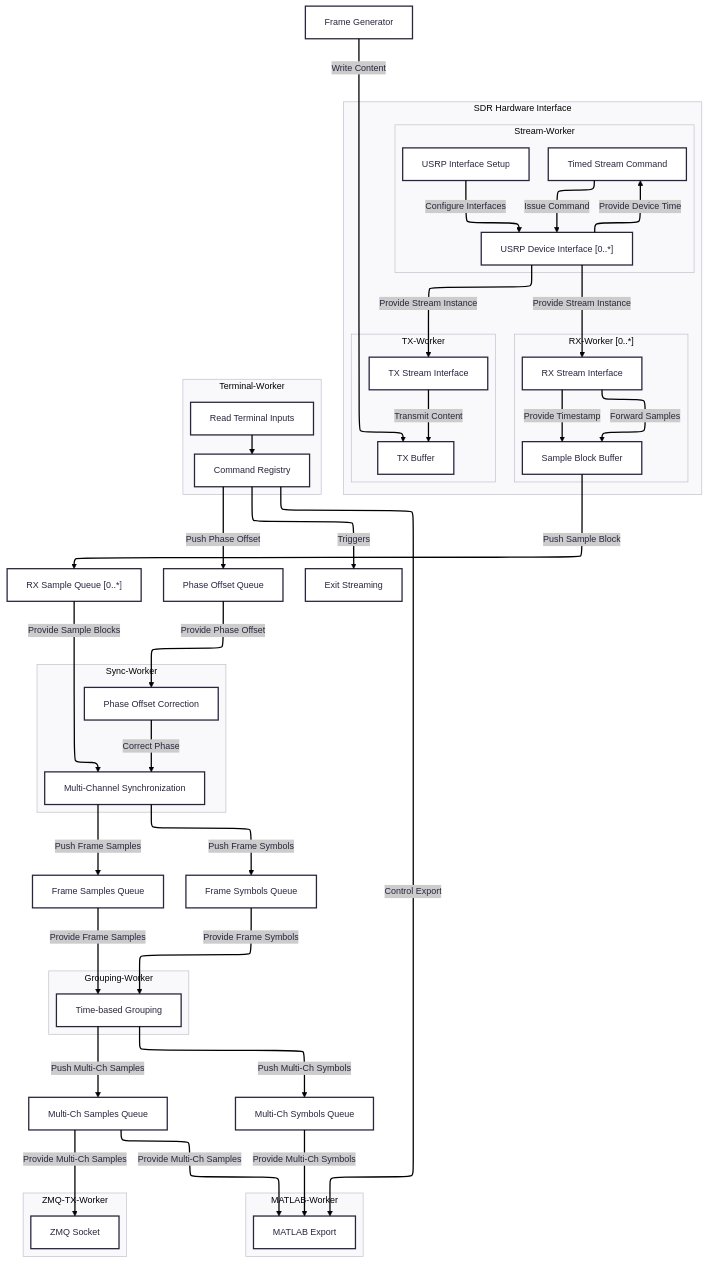
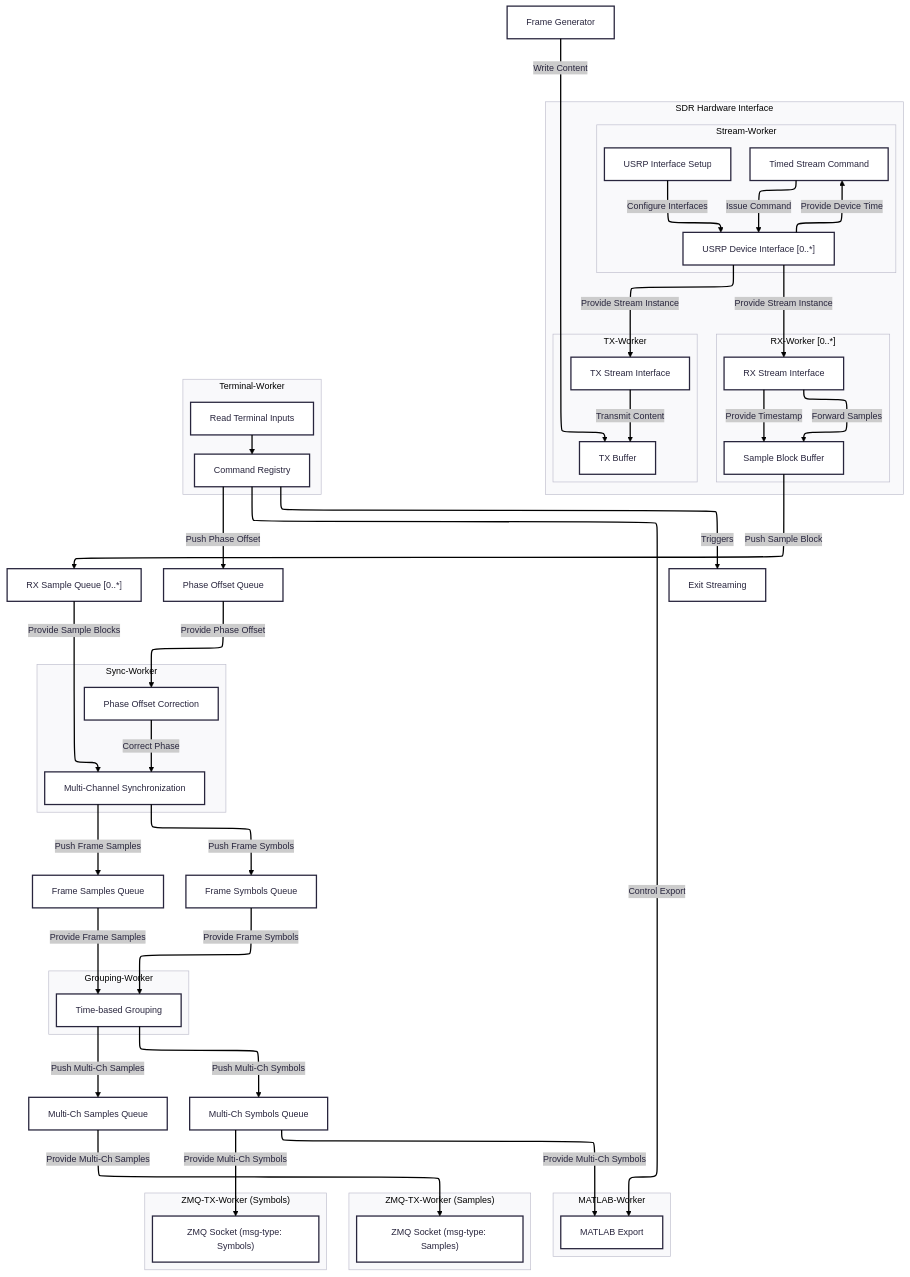
The third of 4 diagrams in README.md (F-L-X-S/doa4rfc), drawn with Mermaid before and after one commit. The commit also changed other lines of this file, not shown here.

Commit message:
Updated Documentation for zmq import and dataformats

````diff
--- a/README.md
+++ b/README.md
@@ -40,68 +199,71 @@
 ```mermaid
 ---
 config:
   look: classic
   layout: elk
   theme: redux
 ---
 flowchart TD
 FrameGen["Frame Generator"]
 subgraph HardwareInterface["SDR Hardware Interface"]
  subgraph T_StreamWorker["Stream-Worker"]
         UsrpDevices["USRP Device Interface [0..*]"]
         UsrpConf["USRP Interface Setup"]
         StreamConf["Timed Stream Command"]
   end
  subgraph T_RxWorker["RX-Worker [0..*]"]
         RxStream["RX Stream Interface"]
         SampleBlock["Sample Block Buffer"]
   end
  subgraph T_TxWorker["TX-Worker"]
         TxStream["TX Stream Interface"]
         TxBuffer["TX Buffer"]
   end
 end
  subgraph T_SyncWorker["Sync-Worker"]
         MultiSync["Multi-Channel Synchronization"]
         PhiErrorCorrection["Phase Offset Correction"]
   end
  subgraph T_GroupingWorker["Grouping-Worker"]
         FindGroups["Time-based Grouping"]
   end
  subgraph T_MatlabWorker["MATLAB-Worker"]
         MatlabExport["MATLAB Export"]
   end
- subgraph T_ZmqTxWorker["ZMQ-TX-Worker"]
-        ZmqSocket["ZMQ Socket"]
+ subgraph T_ZmqTxSampsWorker["ZMQ-TX-Worker (Samples)"]
+        ZmqSampsSocket["ZMQ Socket (msg-type: Samples)"]
+  end
+ subgraph T_ZmqTxSymsWorker["ZMQ-TX-Worker (Symbols)"]
+        ZmqSymsSocket["ZMQ Socket (msg-type: Symbols)"]
   end
  subgraph T_TerminalWorker["Terminal-Worker"]
         ReadInput["Read Terminal Inputs"]
         CommandRegistry["Command Registry"]
   end
     UsrpConf -- Configure Interfaces ---> UsrpDevices
     UsrpDevices -- Provide Device Time --> StreamConf
     StreamConf -- Issue Command  --> UsrpDevices
     UsrpDevices -- Provide Stream Instance ---> RxStream & TxStream
     RxStream -- Forward Samples --> SampleBlock
     RxStream -- Provide Timestamp --> SampleBlock
     SampleBlock -- Push Sample Block --> RxSampleQueue["RX Sample Queue [0..*]"]
     RxSampleQueue -- Provide Sample Blocks ---> MultiSync
     PhiErrorCorrection -- Correct Phase ---> MultiSync
     MultiSync -- Push Frame Samples ---> FrameSampsQueue["Frame Samples Queue"]
     MultiSync -- Push Frame Symbols ---> FrameSymsQueue["Frame Symbols Queue"]
     FrameSampsQueue -- Provide Frame Samples ---> FindGroups
     FrameSymsQueue -- Provide Frame Symbols ---> FindGroups
     FindGroups -- Push Multi-Ch Samples ---> MultiChSampsQueue["Multi-Ch Samples Queue"]
     FindGroups -- Push Multi-Ch Symbols ---> MultiChSymsQueue["Multi-Ch Symbols Queue"]
-    MultiChSampsQueue -- Provide Multi-Ch Samples ---> ZmqSocket
-    MultiChSampsQueue -- Provide Multi-Ch Samples ---> MatlabExport
+    MultiChSampsQueue -- Provide Multi-Ch Samples ---> ZmqSampsSocket
+    MultiChSymsQueue -- Provide Multi-Ch Symbols ---> ZmqSymsSocket
     MultiChSymsQueue -- Provide Multi-Ch Symbols ---> MatlabExport
     FrameGen -- Write Content ---> TxBuffer
     TxStream -- Transmit Content ---> TxBuffer
     ReadInput -----> CommandRegistry
     CommandRegistry -- Push Phase Offset ---> PhiErrorQueue["Phase Offset Queue"]
     PhiErrorQueue -- Provide Phase Offset ---> PhiErrorCorrection
     CommandRegistry -- Control Export ---> MatlabExport
     CommandRegistry -- Triggers ---> Exit["Exit Streaming"]
 
 ```
````
